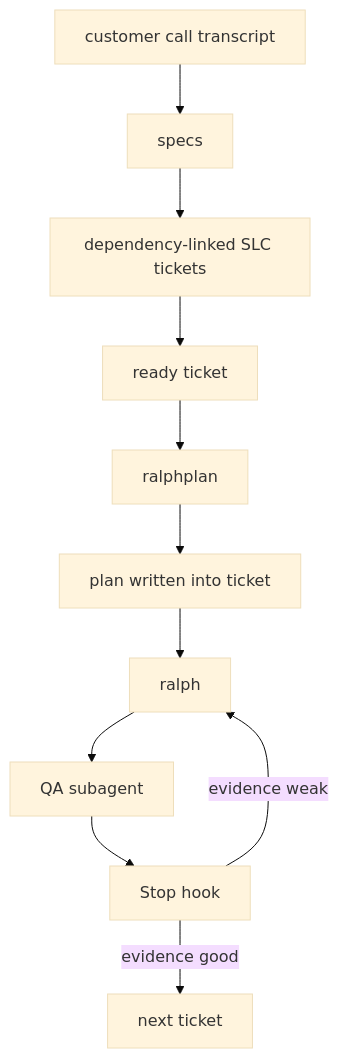
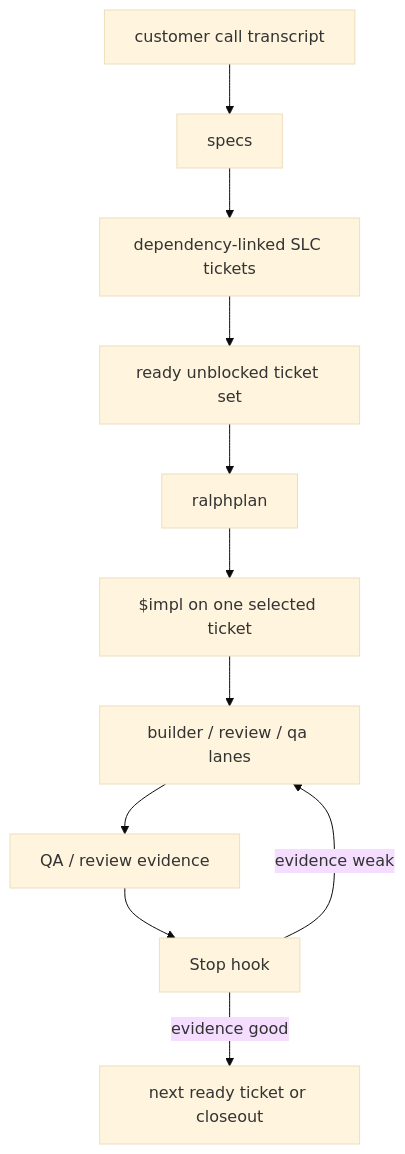
The third of 6 diagrams in README.md (ZanarkandTechnologies/Farplane), drawn with Mermaid (base theme) before and after one commit. The commit also changed other lines of this file and 78 other files, not shown here.

````diff
--- a/README.md
+++ b/README.md
@@ -54,13 +164,13 @@
 ```mermaid
 flowchart TD
     A[customer call transcript] --> B[specs]
     B --> C[dependency-linked SLC tickets]
-    C --> D[ready ticket]
+    C --> D[ready unblocked ticket set]
     D --> E[ralphplan]
-    E --> F[plan written into ticket]
-    F --> G[ralph]
-    G --> H[QA subagent]
+    E --> F[$impl on one selected ticket]
+    F --> G[builder / review / qa lanes]
+    G --> H[QA / review evidence]
     H --> I[Stop hook]
     I -->|evidence weak| G
-    I -->|evidence good| J[next ticket]
+    I -->|evidence good| J[next ready ticket or closeout]
 ```
````
